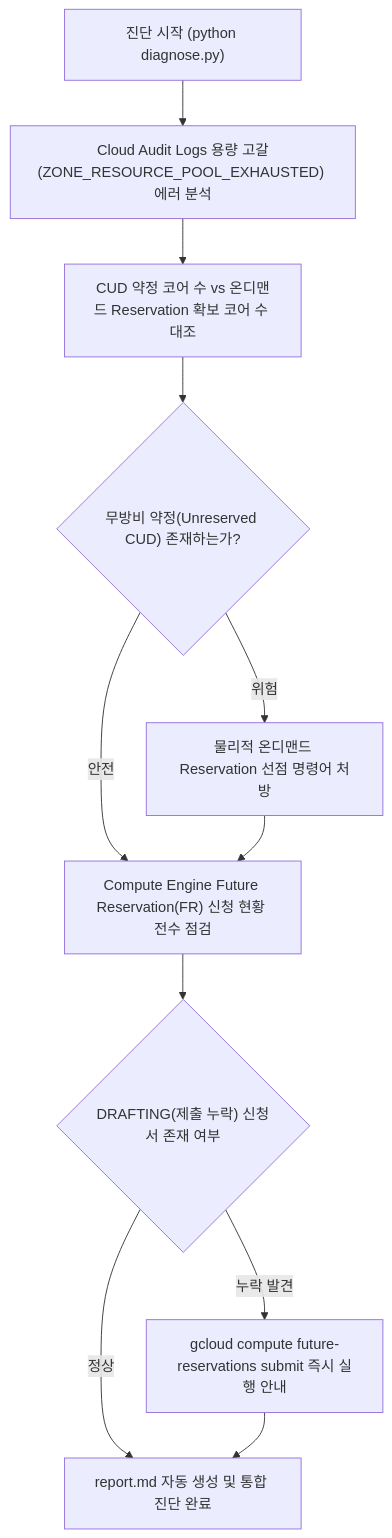
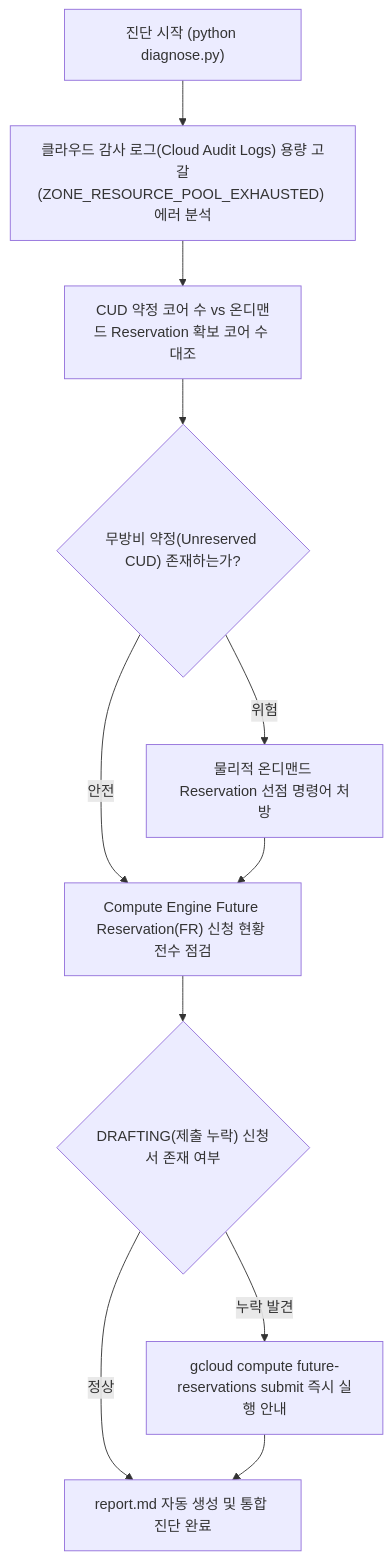
One commit to jiangjun-forge/google-cloud-0-to-1 changed the diagram in samples/gce-reservation-guard/README.md. Above: the diagram before and after it, drawn with Mermaid. The commit also changed other lines of this file and 193 other files, not shown here.

````diff
--- a/samples/gce-reservation-guard/README.md
+++ b/samples/gce-reservation-guard/README.md
@@ -38,13 +38,13 @@
 ```mermaid
 flowchart TD
-    A["진단 시작 (python diagnose.py)"] --> B["Cloud Audit Logs 용량 고갈(ZONE_RESOURCE_POOL_EXHAUSTED) 에러 분석"]
+    A["진단 시작 (python diagnose.py)"] --> B["클라우드 감사 로그(Cloud Audit Logs) 용량 고갈(ZONE_RESOURCE_POOL_EXHAUSTED) 에러 분석"]
     B --> C["CUD 약정 코어 수 vs 온디맨드 Reservation 확보 코어 수 대조"]
     C --> D{"무방비 약정(Unreserved CUD) 존재하는가?"}
     D -->|위험| E["물리적 온디맨드 Reservation 선점 명령어 처방"]
     D -->|안전| F["Compute Engine Future Reservation(FR) 신청 현황 전수 점검"]
     E --> F
     F --> G{"DRAFTING(제출 누락) 신청서 존재 여부"}
     G -->|누락 발견| H["gcloud compute future-reservations submit 즉시 실행 안내"]
     G -->|정상| I["report.md 자동 생성 및 통합 진단 완료"]
     H --> I
 ```
````
